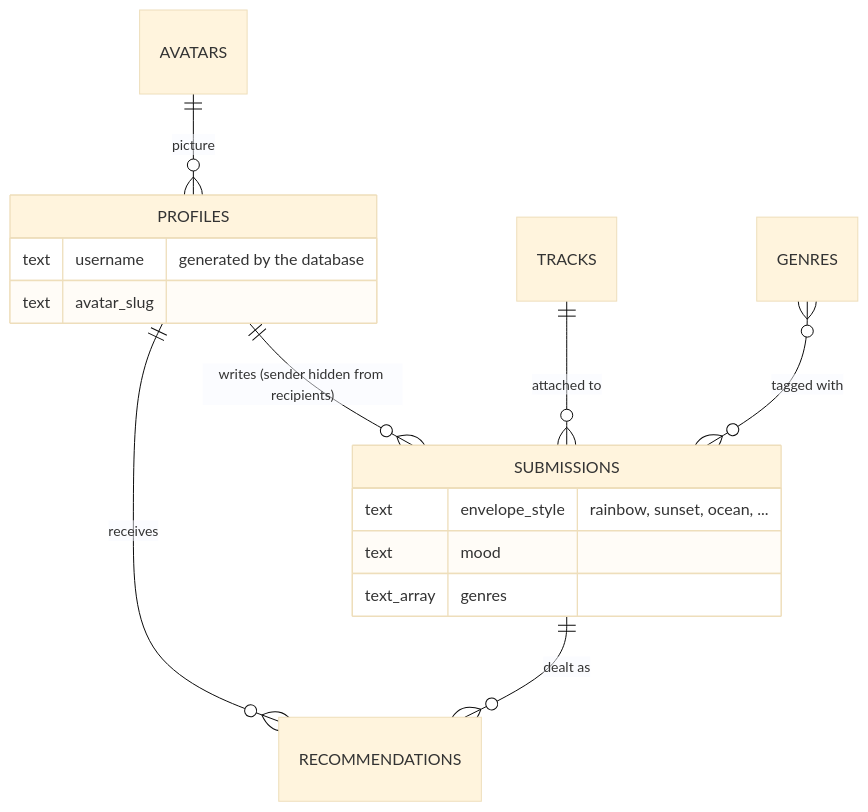
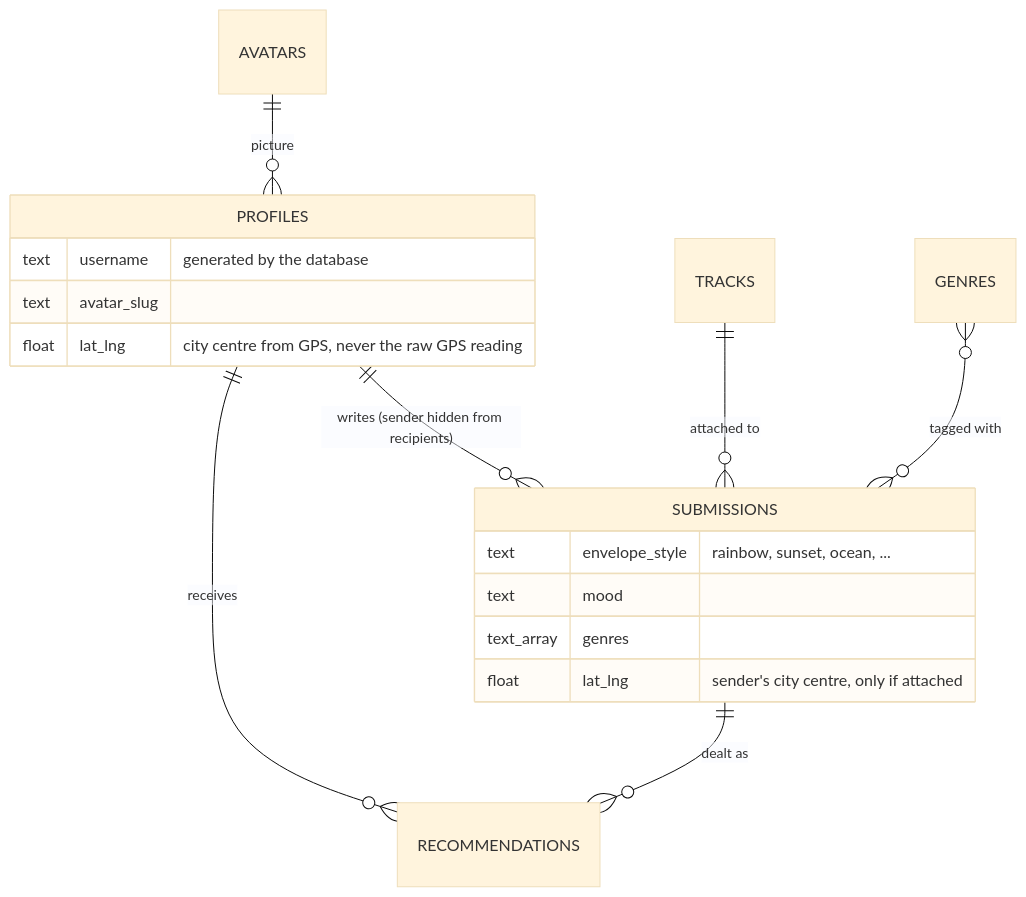
One commit to killlel/comp90018 changed the fourth of 4 diagrams in README.md. Above: the diagram before and after it, drawn with Mermaid (base theme). The commit also changed other lines of this file and 1 other file, not shown here.

Commit message:
Updated readme to include gps sensor in the diagrams and etc

````diff
--- a/README.md
+++ b/README.md
@@ -124,19 +135,21 @@
 ```mermaid
 erDiagram
     PROFILES ||--o{ SUBMISSIONS : "writes (sender hidden from recipients)"
     PROFILES ||--o{ RECOMMENDATIONS : "receives"
     SUBMISSIONS ||--o{ RECOMMENDATIONS : "dealt as"
     TRACKS ||--o{ SUBMISSIONS : "attached to"
     AVATARS ||--o{ PROFILES : "picture"
     GENRES }o--o{ SUBMISSIONS : "tagged with"
 
     SUBMISSIONS {
         text envelope_style "rainbow, sunset, ocean, ..."
         text mood
         text_array genres
+        float lat_lng "sender's city centre, only if attached"
     }
     PROFILES {
         text username "generated by the database"
         text avatar_slug
+        float lat_lng "city centre from GPS, never the raw GPS reading"
     }
 ```
````
